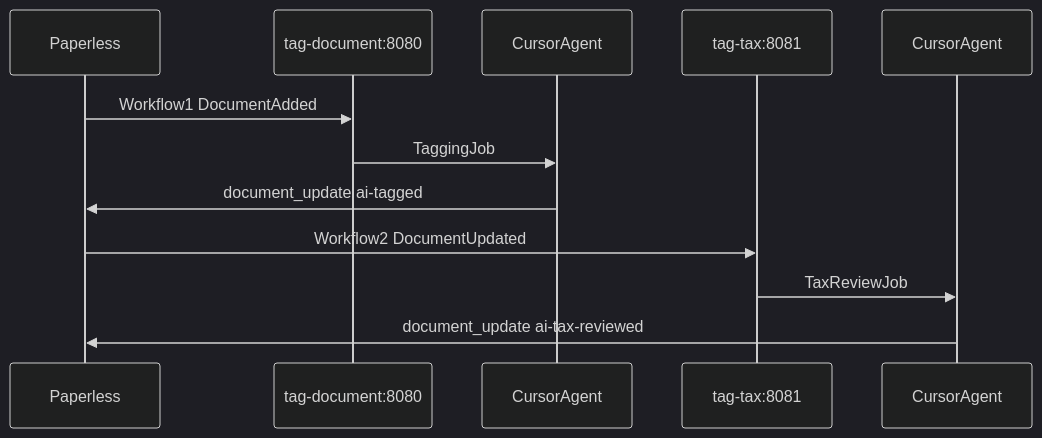
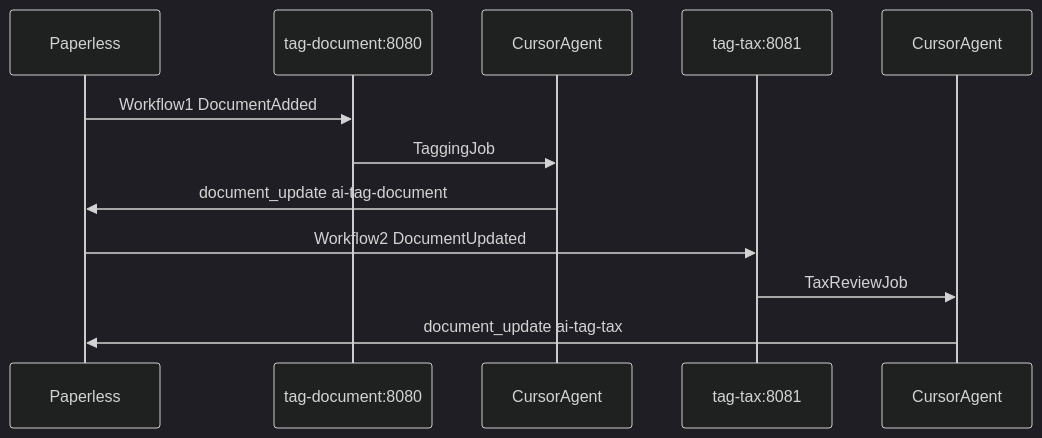
One commit to boexler/paperless-ai-tagger changed the second of 2 diagrams in README.md. Above: the diagram before and after it, drawn with Mermaid (dark theme). The commit also changed other lines of this file and 2 other files, not shown here.

First line of the commit message:
refactor(prompts): rename AI pipeline tags to ai-tag-* and ai-review-tag-*

````diff
--- a/README.md
+++ b/README.md
@@ -27,15 +27,15 @@
 ```mermaid
 sequenceDiagram
     participant P as Paperless
     participant W1 as tag-document:8080
     participant A1 as CursorAgent
     participant W2 as tag-tax:8081
     participant A2 as CursorAgent
 
     P->>W1: Workflow1 DocumentAdded
     W1->>A1: TaggingJob
-    A1->>P: document_update ai-tagged
+    A1->>P: document_update ai-tag-document
     P->>W2: Workflow2 DocumentUpdated
     W2->>A2: TaxReviewJob
-    A2->>P: document_update ai-tax-reviewed
+    A2->>P: document_update ai-tag-tax
 ```
````
